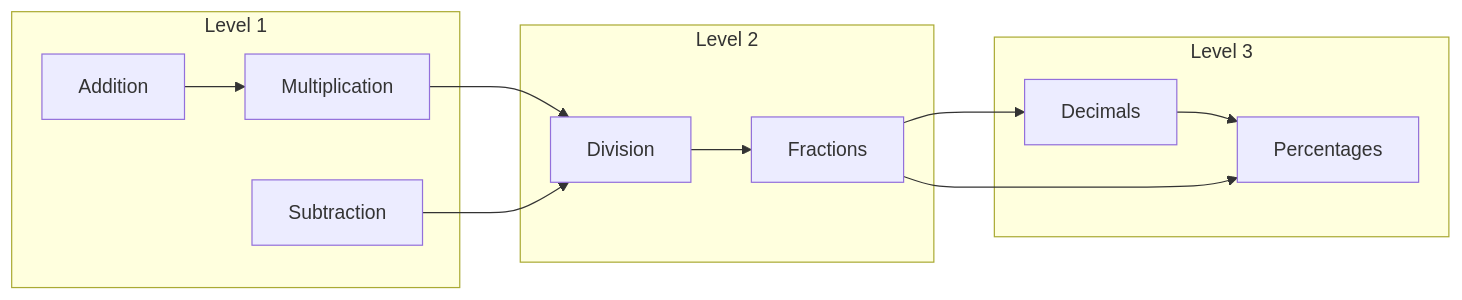
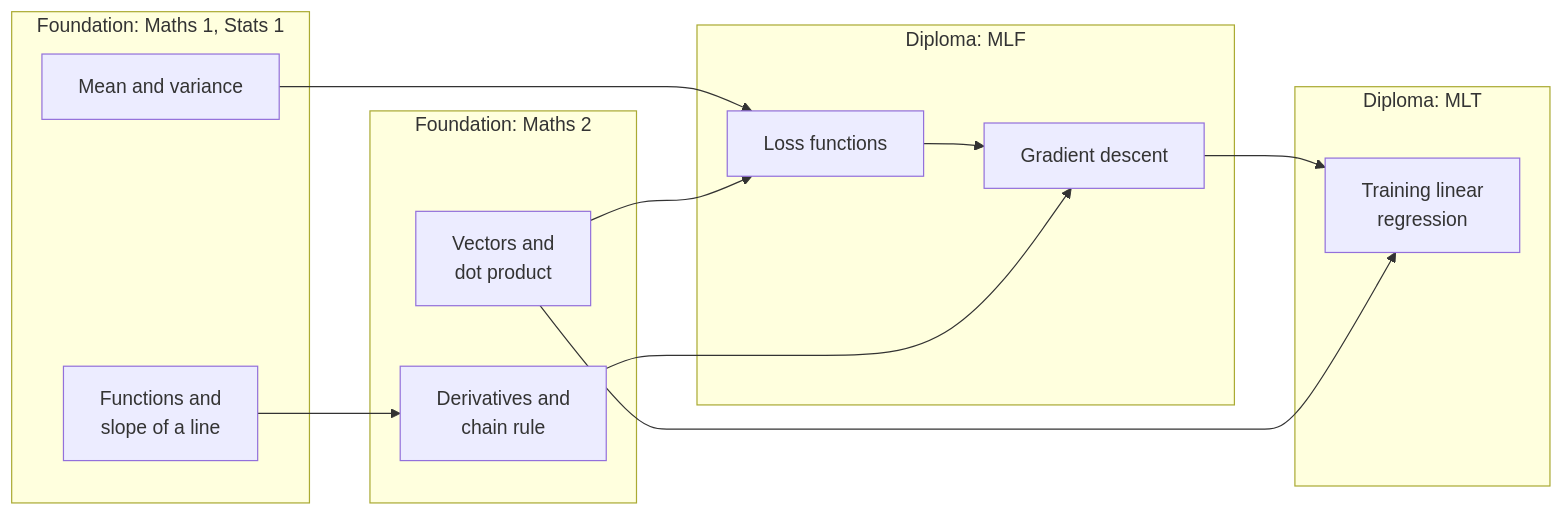
Before and after one commit to Hariomkr147/Group-2-DS-and-AI-Lab-Project: the first of 3 diagrams in docs/milestone-1/Milestone1_Report.md, drawn with Mermaid. The commit also changed other lines of this file and 3 other files, not shown here.

````diff
--- a/docs/milestone-1/Milestone1_Report.md
+++ b/docs/milestone-1/Milestone1_Report.md
@@ -35,17 +39,23 @@
 ```mermaid
 flowchart LR
-    subgraph L1[Level 1]
-        A[Addition] --> M[Multiplication]
-        S[Subtraction]
+    subgraph L1[Foundation: Maths 1, Stats 1]
+        F1[Functions and<br/>slope of a line]
+        F2[Mean and variance]
     end
-    subgraph L2[Level 2]
-        D[Division] --> F[Fractions]
+    subgraph L2[Foundation: Maths 2]
+        V[Vectors and<br/>dot product]
+        D[Derivatives and<br/>chain rule]
     end
-    subgraph L3[Level 3]
-        DE[Decimals] --> P[Percentages]
+    subgraph L3[Diploma: MLF]
+        LF[Loss functions] --> GD[Gradient descent]
     end
-    M --> D
-    S --> D
-    F --> DE
-    F --> P
+    subgraph L4[Diploma: MLT]
+        LR[Training linear<br/>regression]
+    end
+    F1 --> D
+    F2 --> LF
+    V --> LF
+    D --> GD
+    GD --> LR
+    V --> LR
 ```
````
